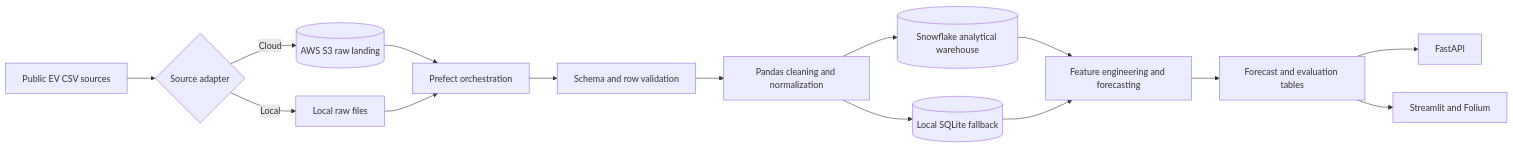
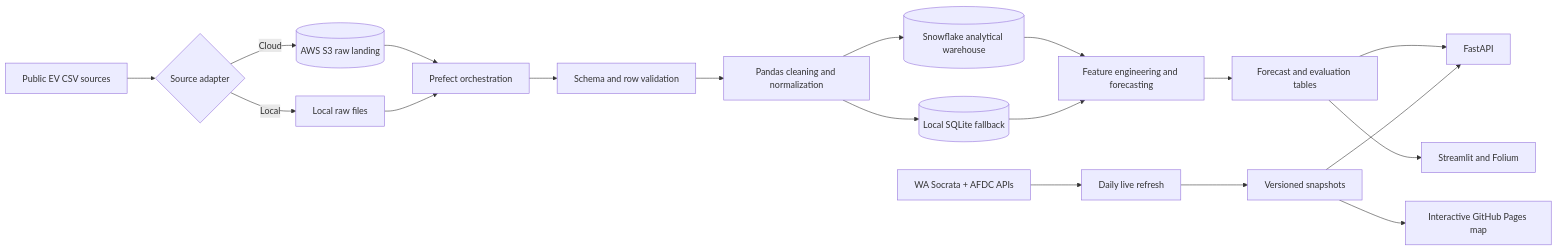
Before and after one commit to cr-shah/chargeforward-ev-analytics: the diagram in README.md, drawn with Mermaid. The commit also changed other lines of this file, not shown here.

Commit message:
docs: present the live intelligence platform and results

````diff
--- a/README.md
+++ b/README.md
@@ -68,17 +89,21 @@
 ```mermaid
 flowchart LR
     A[Public EV CSV sources] --> B{Source adapter}
     B -->|Cloud| C[(AWS S3 raw landing)]
     B -->|Local| D[Local raw files]
     C --> E[Prefect orchestration]
     D --> E
     E --> F[Schema and row validation]
     F --> G[Pandas cleaning and normalization]
     G --> H[(Snowflake analytical warehouse)]
     G --> I[(Local SQLite fallback)]
     H --> J[Feature engineering and forecasting]
     I --> J
     J --> K[Forecast and evaluation tables]
     K --> L[FastAPI]
     K --> M[Streamlit and Folium]
+    N[WA Socrata + AFDC APIs] --> O[Daily live refresh]
+    O --> P[Versioned snapshots]
+    P --> L
+    P --> Q[Interactive GitHub Pages map]
 ```
````
